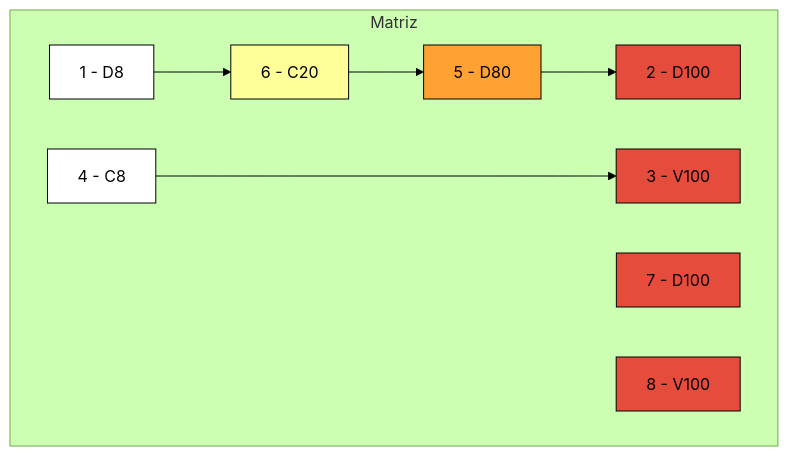
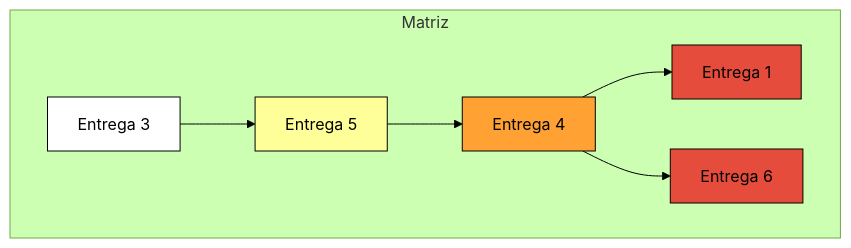
One commit to erlonviana/Gantt-Crystal changed the diagram in README.md. Above: the diagram before and after it, drawn with Mermaid (forest theme). The commit also changed other lines of this file, not shown here.

````diff
--- a/README.md
+++ b/README.md
@@ -3,17 +5,15 @@
 ```mermaid
 graph TD
   subgraph Matriz
-    D8["1 - D8"]:::branco --> C20["6 - C20"]:::amarelo --> D80["5 - D80"]:::laranja --> D100a["2 - D100"]:::vermelho
-    C8["4 - C8"]:::branco ----> V100["3 - V100"]:::vermelho
-    D100b["7 - D100"]:::vermelho
-    V100b["8 - V100"]:::vermelho
+    D8["Entrega 3"]:::branco --> C20["Entrega 5"]:::amarelo --> D80["Entrega 2"]:::laranja --> D100a["Entrega 1"]:::vermelho
+    D80["Entrega 4"]:::laranja --> D100b["Entrega 6"]:::vermelho
 
   end
 
 classDef branco fill:#fff, stroke:#000, stroke-width:1px;
 classDef amarelo fill:#FFFF99, stroke:#000, stroke-width:1px;
 classDef laranja fill:#FFA233, stroke:#000, stroke-width:1px;
 classDef vermelho fill:#E64C3C, stroke:#000, stroke-width:1px;
 
 
 ```
````
